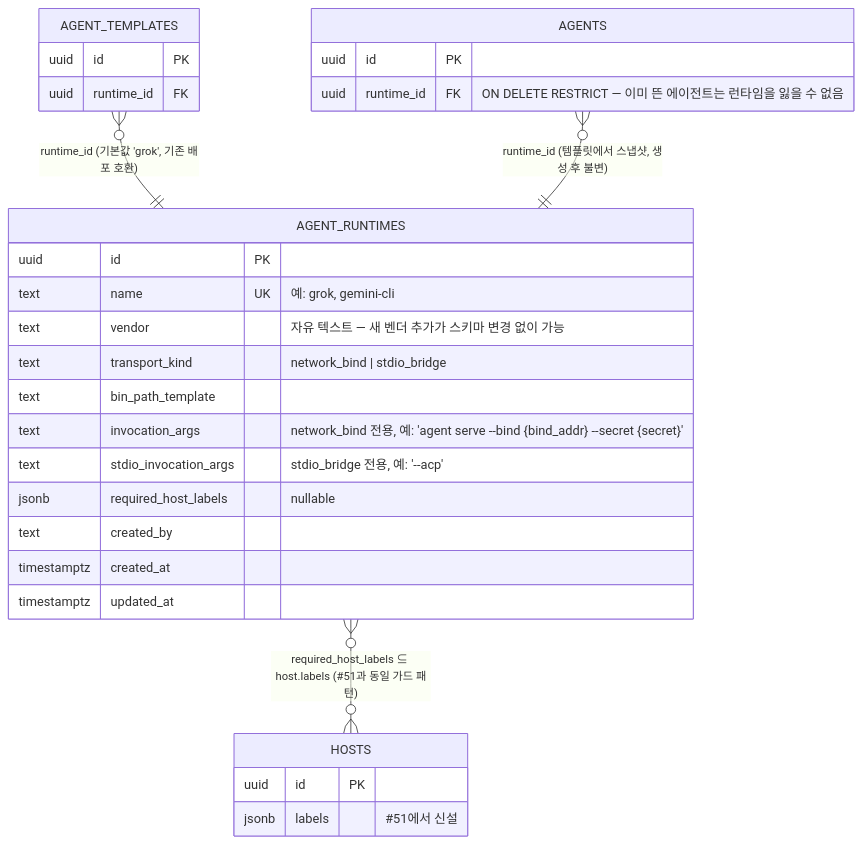
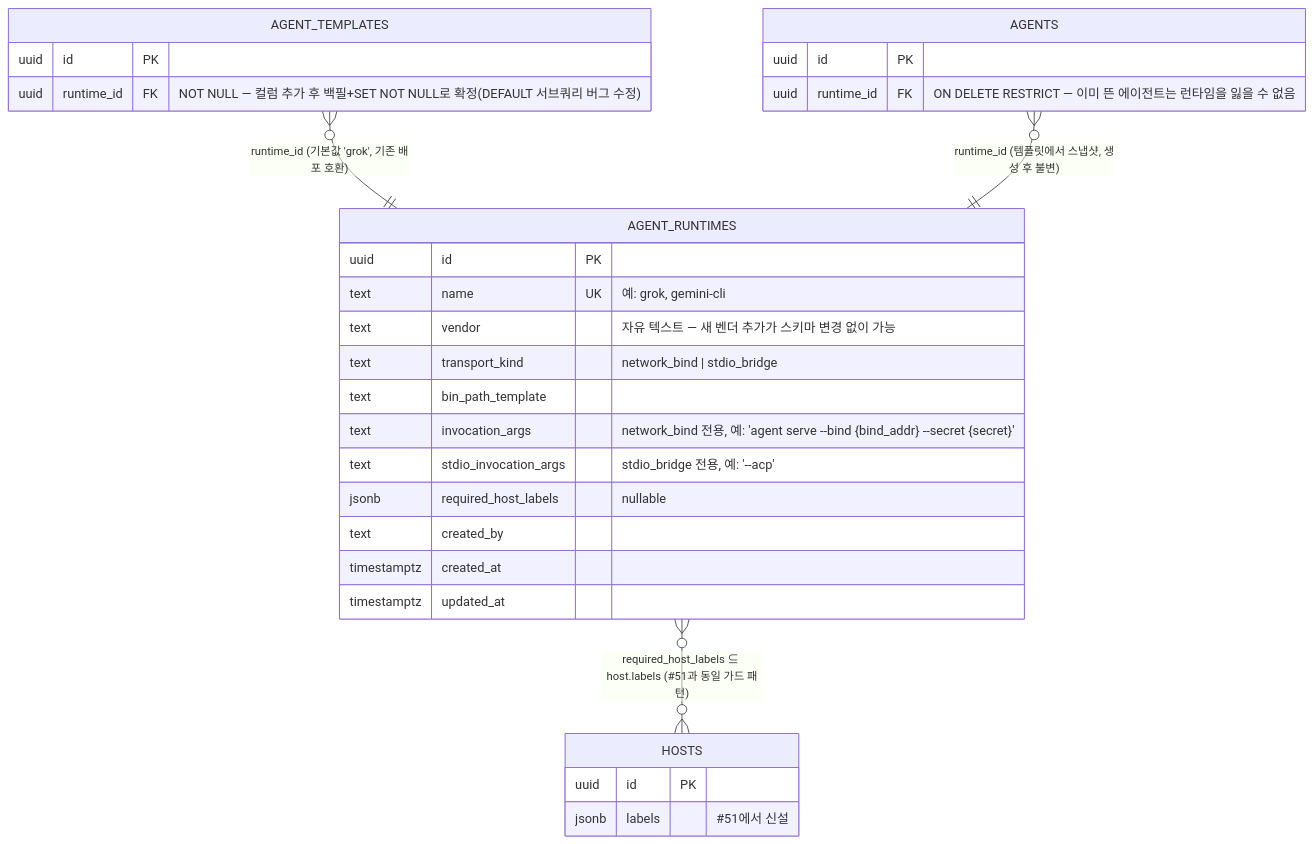
Before and after one commit to yarang/grok-fleet-orchestrator: the diagram in docs/assets/diagrams/architecture/agent-runtime-data-model.mermaid, drawn with Mermaid. The commit also changed 10 other files, not shown here.

First line of the commit message:
docs(architecture): apply multi-agent team review findings to #48-#52

```diff
--- a/docs/assets/diagrams/architecture/agent-runtime-data-model.mermaid
+++ b/docs/assets/diagrams/architecture/agent-runtime-data-model.mermaid
@@ -1,35 +1,35 @@
 erDiagram
     %% 기존 엔티티(#48/#49/#51)는 이 신규 확장과 맞닿는 최소 필드만 표시.
 
     AGENT_TEMPLATES }o--|| AGENT_RUNTIMES : "runtime_id (기본값 'grok', 기존 배포 호환)"
     AGENTS }o--|| AGENT_RUNTIMES : "runtime_id (템플릿에서 스냅샷, 생성 후 불변)"
     AGENT_RUNTIMES }o--o{ HOSTS : "required_host_labels ⊆ host.labels (#51과 동일 가드 패턴)"
 
     AGENT_RUNTIMES {
         uuid id PK
         text name UK "예: grok, gemini-cli"
         text vendor "자유 텍스트 — 새 벤더 추가가 스키마 변경 없이 가능"
         text transport_kind "network_bind | stdio_bridge"
         text bin_path_template
         text invocation_args "network_bind 전용, 예: 'agent serve --bind {bind_addr} --secret {secret}'"
         text stdio_invocation_args "stdio_bridge 전용, 예: '--acp'"
         jsonb required_host_labels "nullable"
         text created_by
         timestamptz created_at
         timestamptz updated_at
     }
 
     AGENT_TEMPLATES {
         uuid id PK
-        uuid runtime_id FK
+        uuid runtime_id FK "NOT NULL — 컬럼 추가 후 백필+SET NOT NULL로 확정(DEFAULT 서브쿼리 버그 수정)"
     }
 
     AGENTS {
         uuid id PK
         uuid runtime_id FK "ON DELETE RESTRICT — 이미 뜬 에이전트는 런타임을 잃을 수 없음"
     }
 
     HOSTS {
         uuid id PK
         jsonb labels "#51에서 신설"
     }
```
